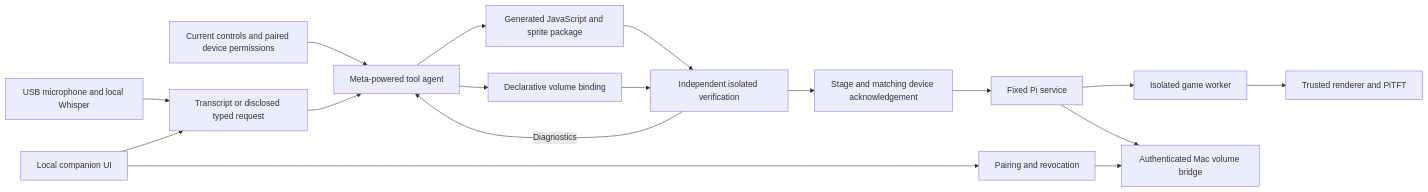
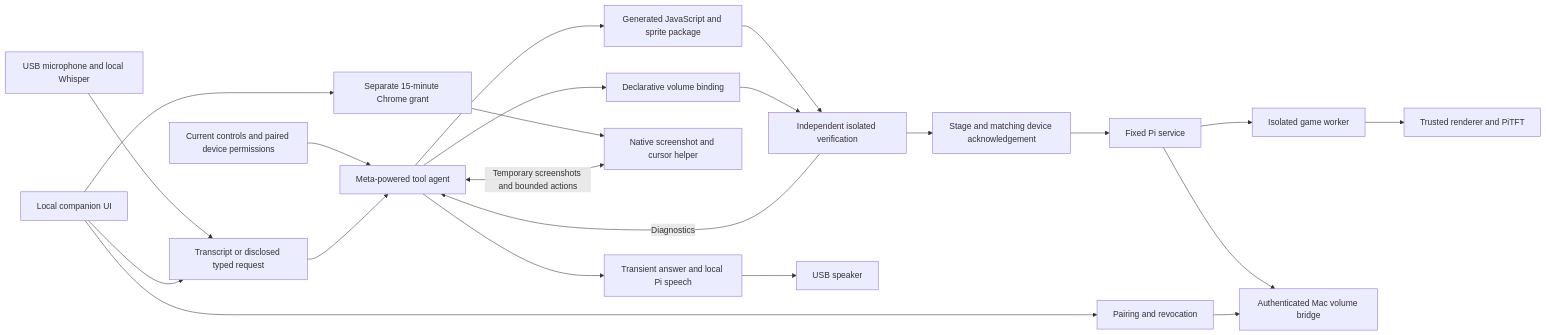
One commit to Divyesh-Thirukonda/cruise changed the diagram in context/architecture.md. Above: the diagram before and after it, drawn with Mermaid. The commit also changed other lines of this file and 28 other files, not shown here.

````diff
--- a/context/architecture.md
+++ b/context/architecture.md
@@ -7,19 +9,24 @@
 ```mermaid
 flowchart LR
     V[USB microphone and local Whisper] --> Q[Transcript or disclosed typed request]
     C[Current controls and paired device permissions] --> M[Meta-powered tool agent]
     Q --> M
     M --> G[Generated JavaScript and sprite package]
     M --> B[Declarative volume binding]
     G --> T[Independent isolated verification]
     B --> T
     T -->|Diagnostics| M
     T --> A[Stage and matching device acknowledgement]
     A --> R[Fixed Pi service]
     R --> J[Isolated game worker]
     J --> D[Trusted renderer and PiTFT]
     R --> H[Authenticated Mac volume bridge]
     U[Local companion UI] --> Q
     U --> P[Pairing and revocation]
     P --> H
+    U --> S[Separate 15-minute Chrome grant]
+    S --> N[Native screenshot and cursor helper]
+    M <-->|Temporary screenshots and bounded actions| N
+    M --> E[Transient answer and local Pi speech]
+    E --> O[USB speaker]
 ```
````
